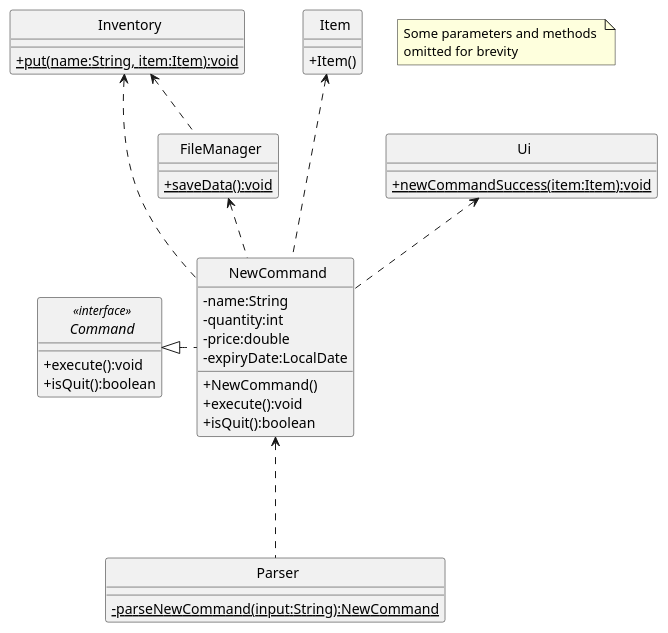
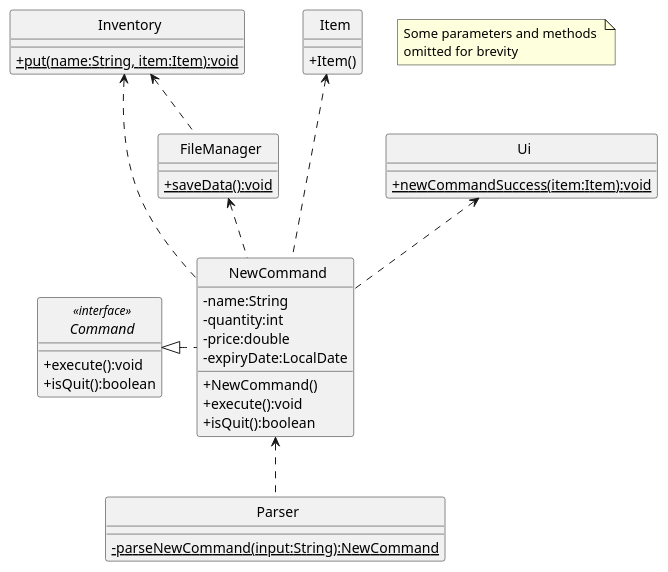
Before and after one commit to rismm/tp: the first of 2 diagrams in docs/uml-diagrams/NewCommand.puml, drawn with PlantUML. The commit also changed 3 other files, not shown here.

Commit message:
Update class diagrams

```diff
--- a/docs/uml-diagrams/NewCommand.puml
+++ b/docs/uml-diagrams/NewCommand.puml
@@ -1,60 +1,60 @@
 @startuml
 'https://plantuml.com/class-diagram
 skinparam classAttributeIconSize 0
 skinparam CircledCharacterFontSize 0
 skinparam CircledCharacterRadius 0
 
 abstract class Command
 class Inventory
 class Item
 class NewCommand
 class Parser
 class Ui
 class FileManager
 
 Command <|. NewCommand
 Item <... NewCommand
 Ui <.. NewCommand
 Inventory <.. NewCommand
-NewCommand <... Parser
+NewCommand <.. Parser
 FileManager <.. NewCommand
 Inventory <.. FileManager
 
 interface Command <<interface>> {
     +execute():void
     +isQuit():boolean
 }
 
 class NewCommand {
     -name:String
     -quantity:int
     -price:double
     -expiryDate:LocalDate
     +NewCommand()
     +execute():void
     +isQuit():boolean
 }
 
 class Item {
     +Item()
 }
 
 class Inventory {
     {static}+put(name:String, item:Item):void
 }
 
 class Ui {
     {static}+newCommandSuccess(item:Item):void
 }
 
 class Parser {
     {static}-parseNewCommand(input:String):NewCommand
 }
 
 class FileManager {
     {static}+saveData():void
 }
 
 note "Some parameters and methods \nomitted for brevity" as n1
 
 @enduml
```
